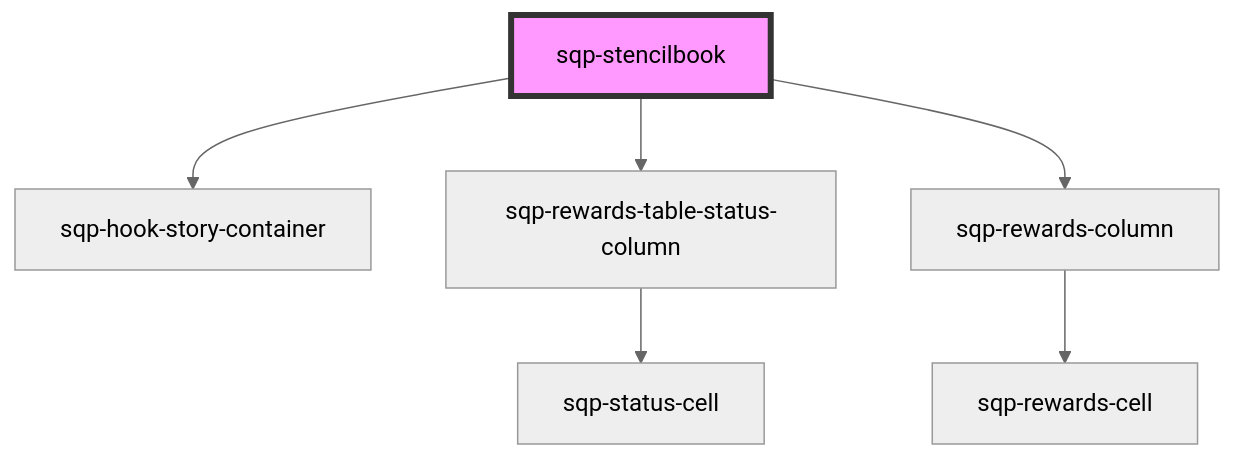
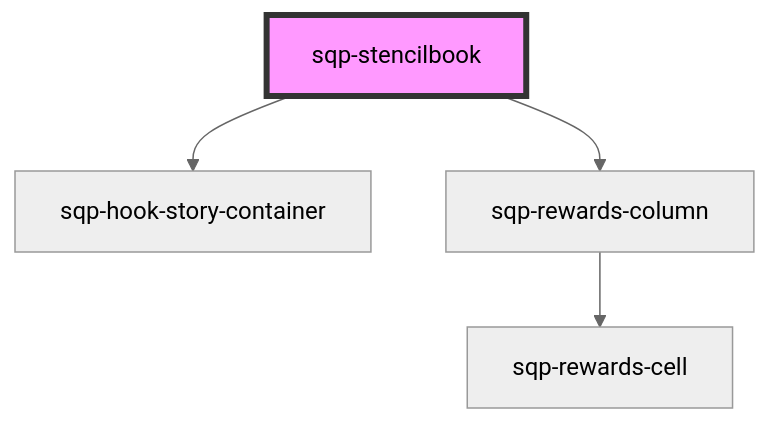
One commit to saasquatch/program-tools changed the diagram in packages/paypal-components/src/components/sqp-stencilbook/readme.md. Above: the diagram before and after it, drawn with Mermaid (neutral theme). The commit also changed other lines of this file and 7 other files, not shown here.

````diff
--- a/packages/paypal-components/src/components/sqp-stencilbook/readme.md
+++ b/packages/paypal-components/src/components/sqp-stencilbook/readme.md
@@ -17,9 +16,7 @@
 ```mermaid
 graph TD;
   sqp-stencilbook --> sqp-hook-story-container
-  sqp-stencilbook --> sqp-rewards-table-status-column
   sqp-stencilbook --> sqp-rewards-column
-  sqp-rewards-table-status-column --> sqp-status-cell
   sqp-rewards-column --> sqp-rewards-cell
   style sqp-stencilbook fill:#f9f,stroke:#333,stroke-width:4px
 ```
````
